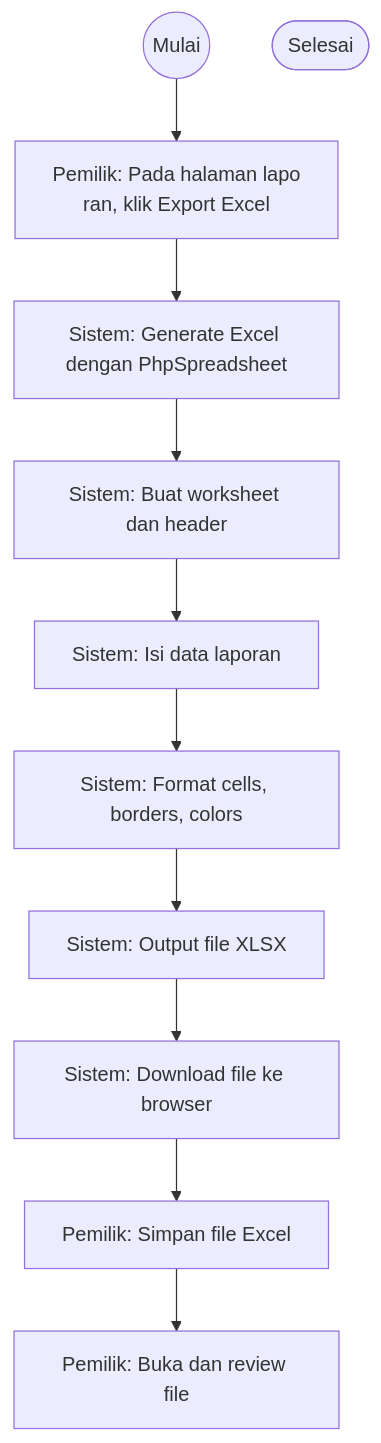
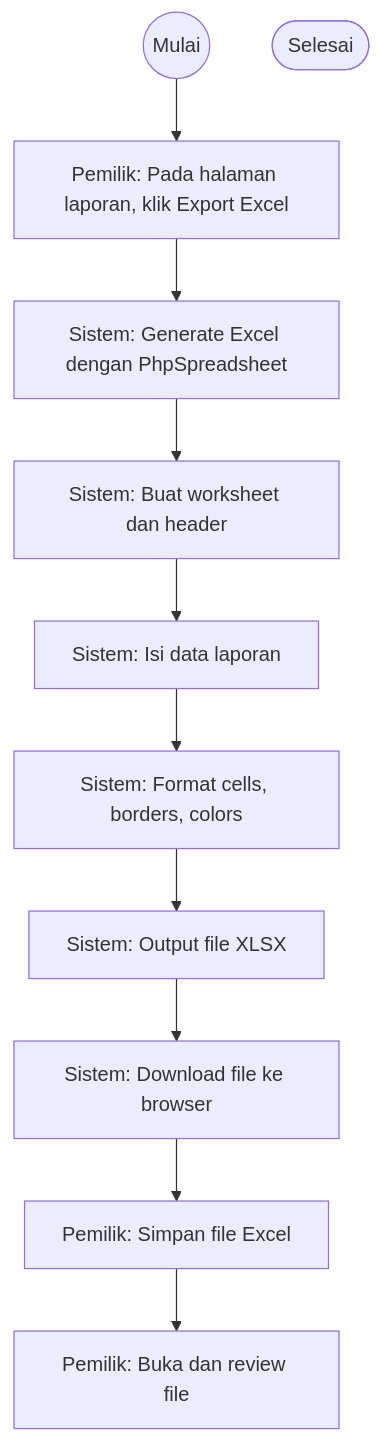
Diagram 34 of 40 in docs/4.2-perancangan-sistem.md (devWebs01/POS-DW), drawn with Mermaid before and after one commit. The commit also changed other lines of this file, not shown here.

First line of the commit message:
fix: repair 14 broken mermaid diagrams (split arrows & multiline labels)

````diff
--- a/docs/4.2-perancangan-sistem.md
+++ b/docs/4.2-perancangan-sistem.md
@@ -2027,24 +2012,23 @@
 ```mermaid
 flowchart TD
   start((Mulai))
-  A_A["Pemilik: Pada halaman lapo
-ran, klik Export Excel"]
+  A_A["Pemilik: Pada halaman laporan, klik Export Excel"]
   start --> A_A
   S_A["Sistem: Generate Excel dengan PhpSpreadsheet"]
   A_A --> S_A
   S_B["Sistem: Buat worksheet dan header"]
   S_A --> S_B
   S_C["Sistem: Isi data laporan"]
   S_B --> S_C
   S_D["Sistem: Format cells, borders, colors"]
   S_C --> S_D
   S_E["Sistem: Output file XLSX"]
   S_D --> S_E
   S_F["Sistem: Download file ke browser"]
   S_E --> S_F
   A_B["Pemilik: Simpan file Excel"]
   S_F --> A_B
   A_C["Pemilik: Buka dan review file"]
   A_B --> A_C
   end_success([Selesai])
 ```
````
